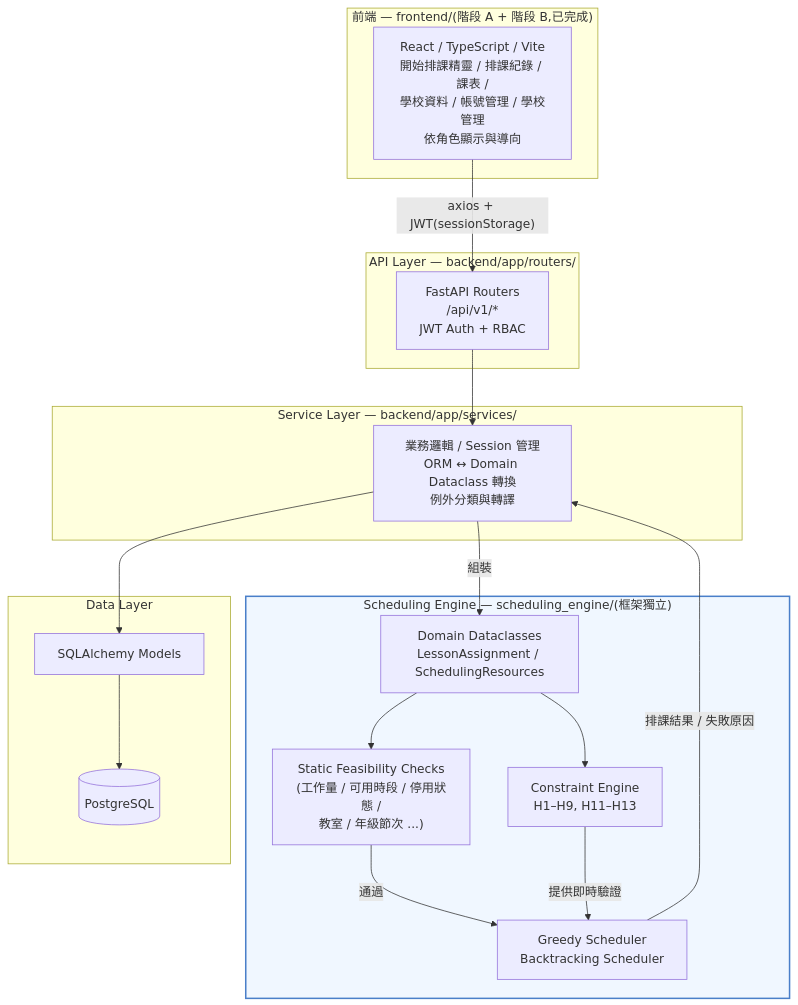
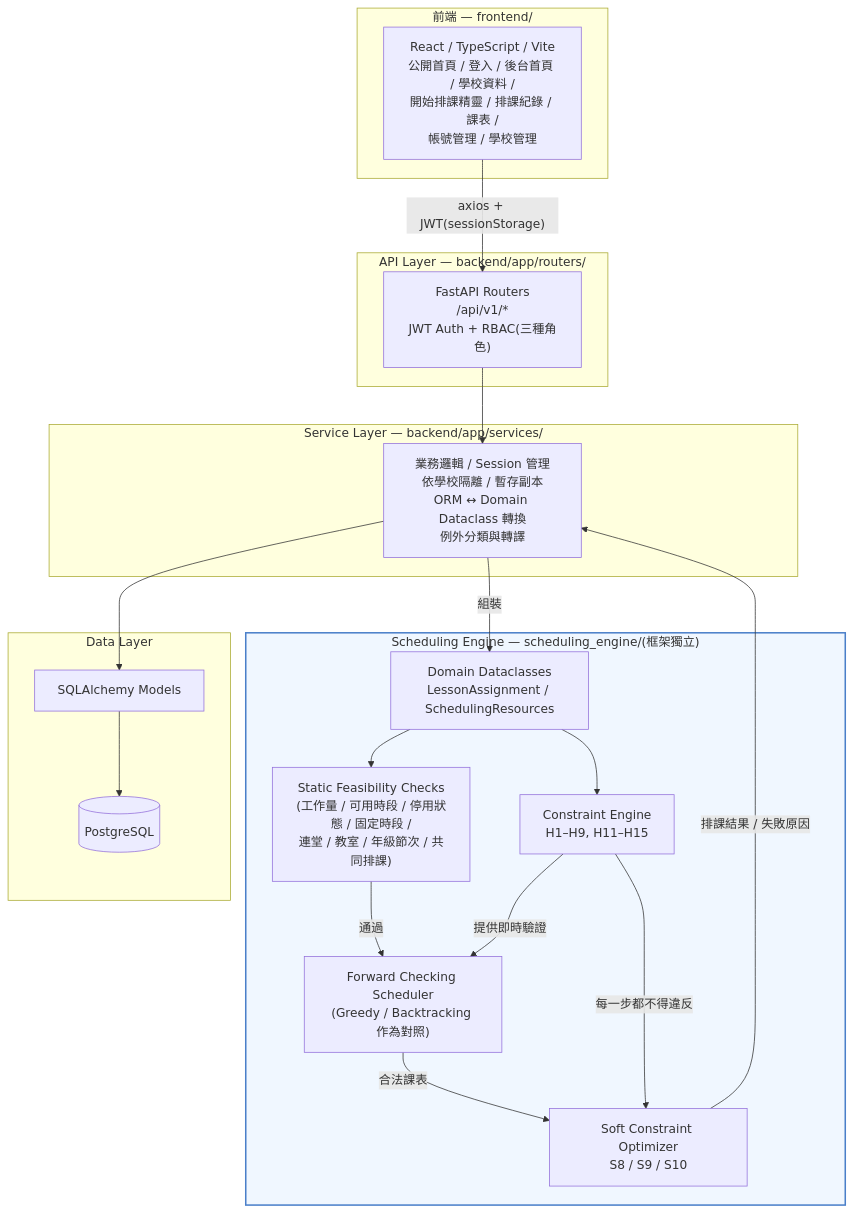
Before and after one commit to aaachun18/elementary-school-timetable: the first of 2 diagrams in README.md, drawn with Mermaid. The commit also changed other lines of this file and 43 other files, not shown here.

Commit message:
feat: 手動調整新增「移出課表」（拖曳或點選移出區，連堂整組移出，共同排課不可移出）與「更換教室」、資訊提示框加寬、首頁未發布紀錄簡化、README 與文件改版並更新截圖

````diff
--- a/README.md
+++ b/README.md
@@ -61,39 +68,42 @@
 ```mermaid
 flowchart TB
-    subgraph Client["前端 — frontend/(階段 A + 階段 B,已完成)"]
-        React["React / TypeScript / Vite<br/>開始排課精靈 / 排課紀錄 / 課表 /<br/>學校資料 / 帳號管理 / 學校管理<br/>依角色顯示與導向"]
+    subgraph Client["前端 — frontend/"]
+        React["React / TypeScript / Vite<br/>公開首頁 / 登入 / 後台首頁 / 學校資料 /<br/>開始排課精靈 / 排課紀錄 / 課表 /<br/>帳號管理 / 學校管理"]
     end
 
     subgraph API["API Layer — backend/app/routers/"]
-        FastAPI["FastAPI Routers<br/>/api/v1/*<br/>JWT Auth + RBAC"]
+        FastAPI["FastAPI Routers<br/>/api/v1/*<br/>JWT Auth + RBAC(三種角色)"]
     end
 
     subgraph Service["Service Layer — backend/app/services/"]
-        SVC["業務邏輯 / Session 管理<br/>ORM ↔ Domain Dataclass 轉換<br/>例外分類與轉譯"]
+        SVC["業務邏輯 / Session 管理<br/>依學校隔離 / 暫存副本<br/>ORM ↔ Domain Dataclass 轉換<br/>例外分類與轉譯"]
     end
 
     subgraph Engine["Scheduling Engine — scheduling_engine/(框架獨立)"]
         Domain["Domain Dataclasses<br/>LessonAssignment / SchedulingResources"]
-        Static["Static Feasibility Checks<br/>(工作量 / 可用時段 / 停用狀態 /<br/>教室 / 年級節次 ...)"]
-        Constraints["Constraint Engine<br/>H1–H9, H11–H13"]
-        Algo["Greedy Scheduler<br/>Backtracking Scheduler"]
+        Static["Static Feasibility Checks<br/>(工作量 / 可用時段 / 停用狀態 / 固定時段 /<br/>連堂 / 教室 / 年級節次 / 共同排課)"]
+        Constraints["Constraint Engine<br/>H1–H9, H11–H15"]
+        Algo["Forward Checking Scheduler<br/>(Greedy / Backtracking 作為對照)"]
+        Soft["Soft Constraint Optimizer<br/>S8 / S9 / S10"]
     end
 
     subgraph Data["Data Layer"]
         ORM["SQLAlchemy Models"]
         PG[("PostgreSQL")]
     end
 
     React -->|"axios + JWT(sessionStorage)"| FastAPI
     FastAPI --> SVC
     SVC -->|"組裝"| Domain
     Domain --> Static
     Static -->|"通過"| Algo
     Domain --> Constraints
     Constraints -->|"提供即時驗證"| Algo
-    Algo -->|"排課結果 / 失敗原因"| SVC
+    Algo -->|"合法課表"| Soft
+    Constraints -->|"每一步都不得違反"| Soft
+    Soft -->|"排課結果 / 失敗原因"| SVC
     SVC --> ORM
     ORM --> PG
 
     style Engine fill:#f0f7ff,stroke:#4a7fc9,stroke-width:2px
 ```
````
